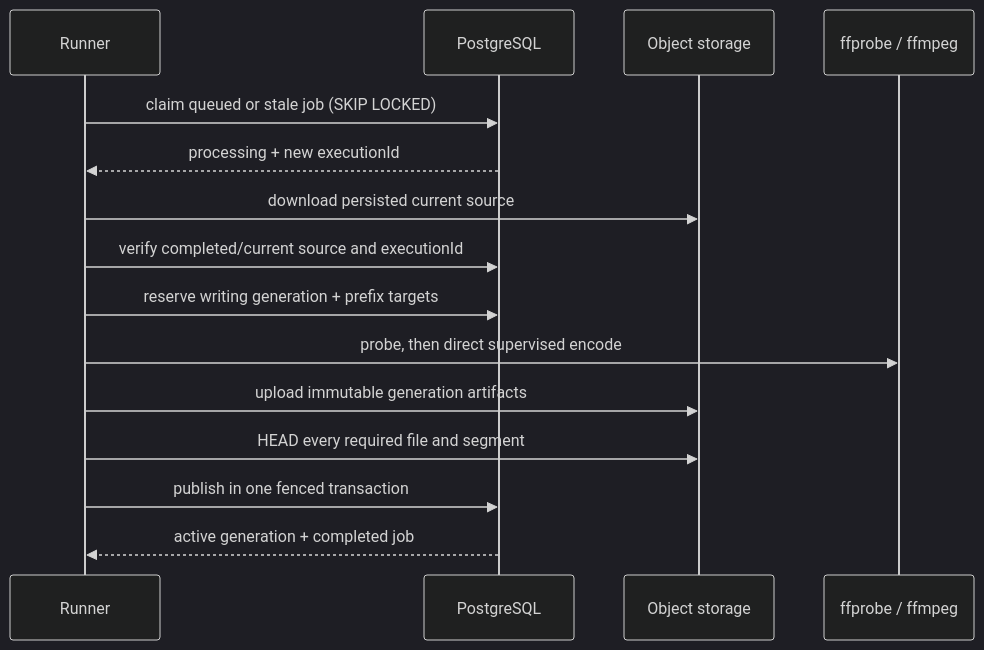
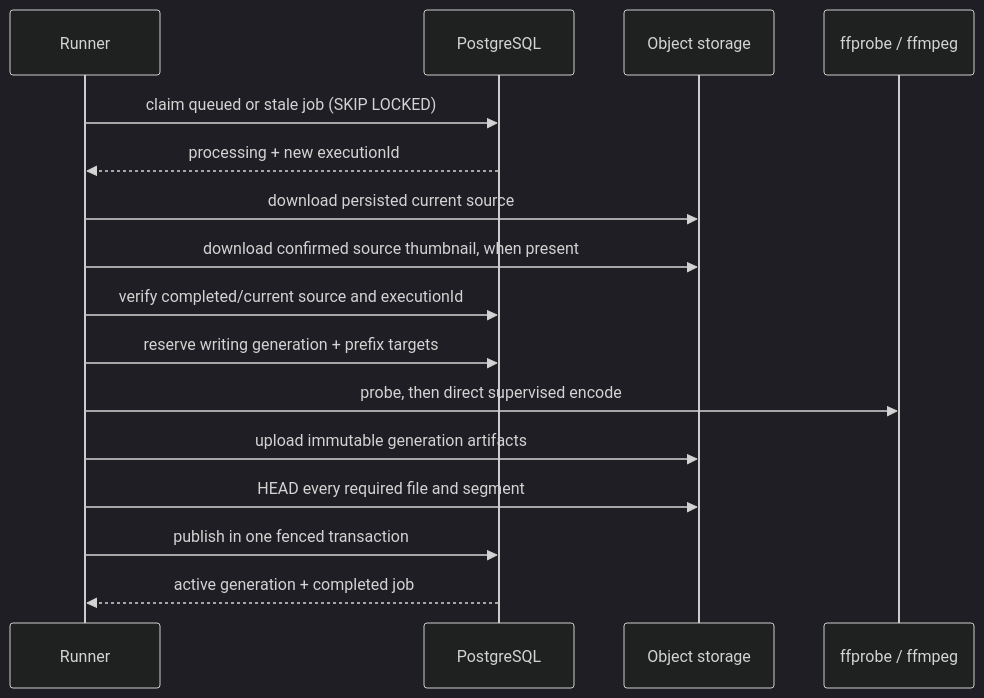
The fifth of 8 diagrams in ARCHITECTURE.md (FairPlayTeam/ts-backend), drawn with Mermaid (dark theme) before and after one commit. The commit also changed other lines of this file and 34 other files, not shown here.

````diff
--- a/ARCHITECTURE.md
+++ b/ARCHITECTURE.md
@@ -300,18 +314,19 @@
 ```mermaid
 sequenceDiagram
 participant Runner
 participant DB as PostgreSQL
 participant S3 as Object storage
 participant FF as ffprobe / ffmpeg
 
 Runner ->> DB: claim queued or stale job (SKIP LOCKED)
 DB -->> Runner: processing + new executionId
 Runner ->> S3: download persisted current source
+Runner ->> S3: download confirmed source thumbnail, when present
 Runner ->> DB: verify completed/current source and executionId
 Runner ->> DB: reserve writing generation + prefix targets
 Runner ->> FF: probe, then direct supervised encode
 Runner ->> S3: upload immutable generation artifacts
 Runner ->> S3: HEAD every required file and segment
 Runner ->> DB: publish in one fenced transaction
 DB -->> Runner: active generation + completed job
 ```
````
